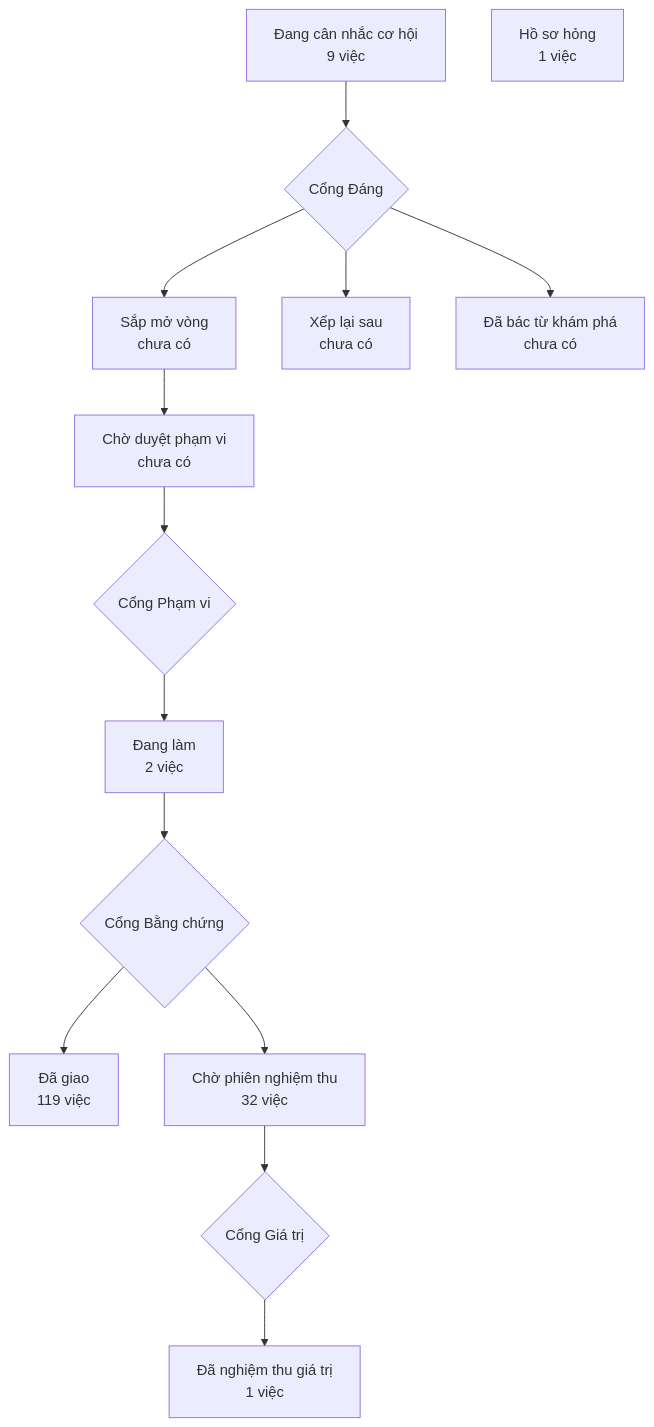
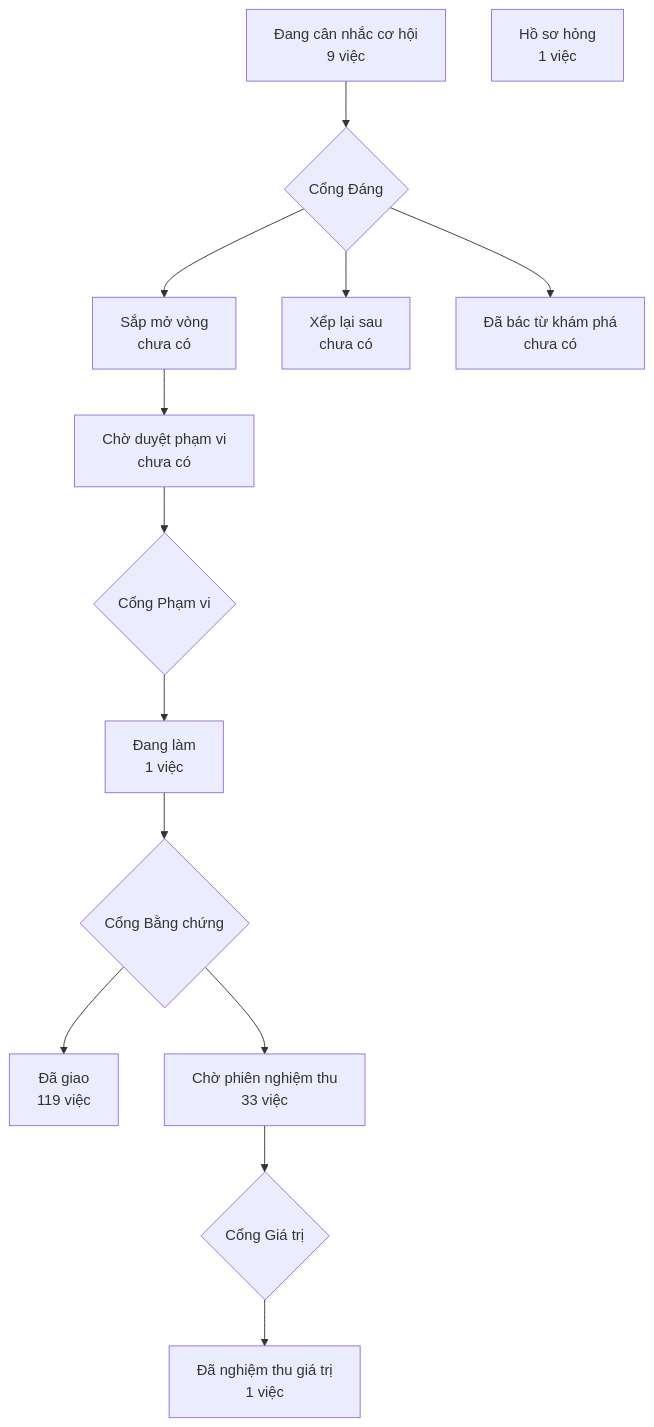
One commit to phanlemanh/crm-onehub changed the diagram in PRODUCT-MAP.md. Above: the diagram before and after it, drawn with Mermaid. The commit also changed 4 other files, not shown here.

````diff
--- a/PRODUCT-MAP.md
+++ b/PRODUCT-MAP.md
@@ -7,13 +7,13 @@
 ```mermaid
 flowchart TD
   A["Đang cân nhắc cơ hội<br/>9 việc"] --> GD{"Cổng Đáng"}
   GD --> B["Sắp mở vòng<br/>chưa có"]
   GD --> XL["Xếp lại sau<br/>chưa có"]
   GD --> DB["Đã bác từ khám phá<br/>chưa có"]
   B --> CD["Chờ duyệt phạm vi<br/>chưa có"] --> GP{"Cổng Phạm vi"}
-  GP --> DL["Đang làm<br/>2 việc"] --> GB{"Cổng Bằng chứng"}
+  GP --> DL["Đang làm<br/>1 việc"] --> GB{"Cổng Bằng chứng"}
   GB --> DG["Đã giao<br/>119 việc"]
-  GB --> CN["Chờ phiên nghiệm thu<br/>32 việc"] --> GG{"Cổng Giá trị"}
+  GB --> CN["Chờ phiên nghiệm thu<br/>33 việc"] --> GG{"Cổng Giá trị"}
   GG --> NT["Đã nghiệm thu giá trị<br/>1 việc"]
   HS["Hồ sơ hỏng<br/>1 việc"]
 ```
````
